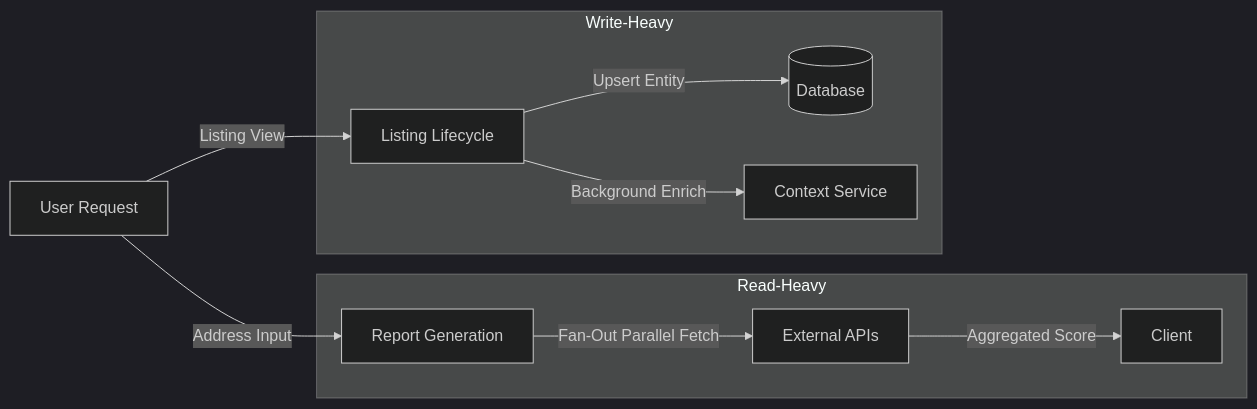
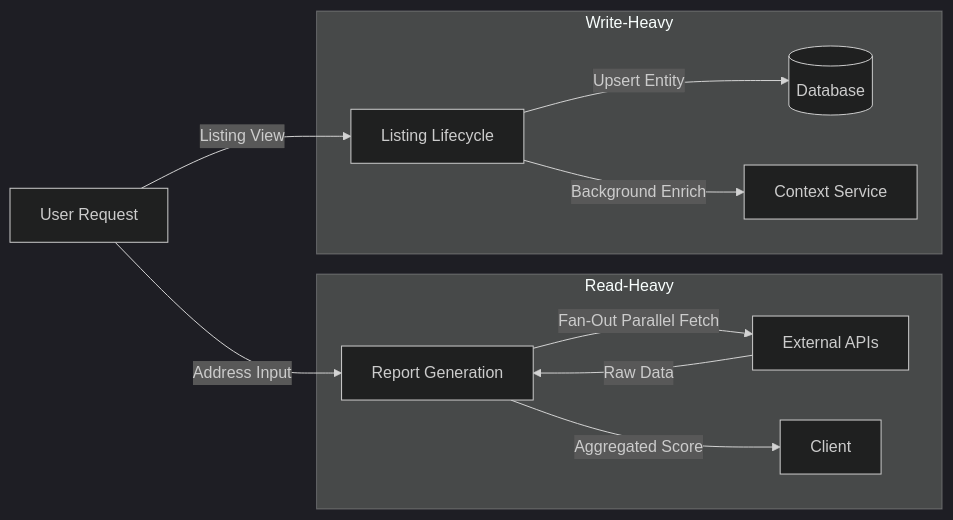
Before and after one commit to YKDBontekoe/valora: the third of 3 diagrams in README.md, drawn with Mermaid (dark theme). The commit also changed 1 other file, not shown here.

Commit message:
docs: fix diagrams and text based on PR feedback
- README.md: Fix data flow diagram to show backend aggregation.
- docs/developer-guide.md: Fix Fan-Out diagram (add Resolve Location, add CBS Crime).
- docs/developer-guide.md: Fix CQRS diagram (remove ExecuteUpdateAsync claim, use Tracked Entities).

````diff
--- a/README.md
+++ b/README.md
@@ -90,15 +90,16 @@
 ```mermaid
 graph LR
     Req[User Request] -->|Address Input| Report[Report Generation]
     Req -->|Listing View| Lifecycle[Listing Lifecycle]
 
     subgraph "Read-Heavy"
     Report -->|Fan-Out Parallel Fetch| Ext[External APIs]
-    Ext -->|Aggregated Score| Client
+    Ext -->|Raw Data| Report
+    Report -->|Aggregated Score| Client
     end
 
     subgraph "Write-Heavy"
     Lifecycle -->|Upsert Entity| DB[(Database)]
     Lifecycle -->|Background Enrich| Context[Context Service]
     end
 ```
````
